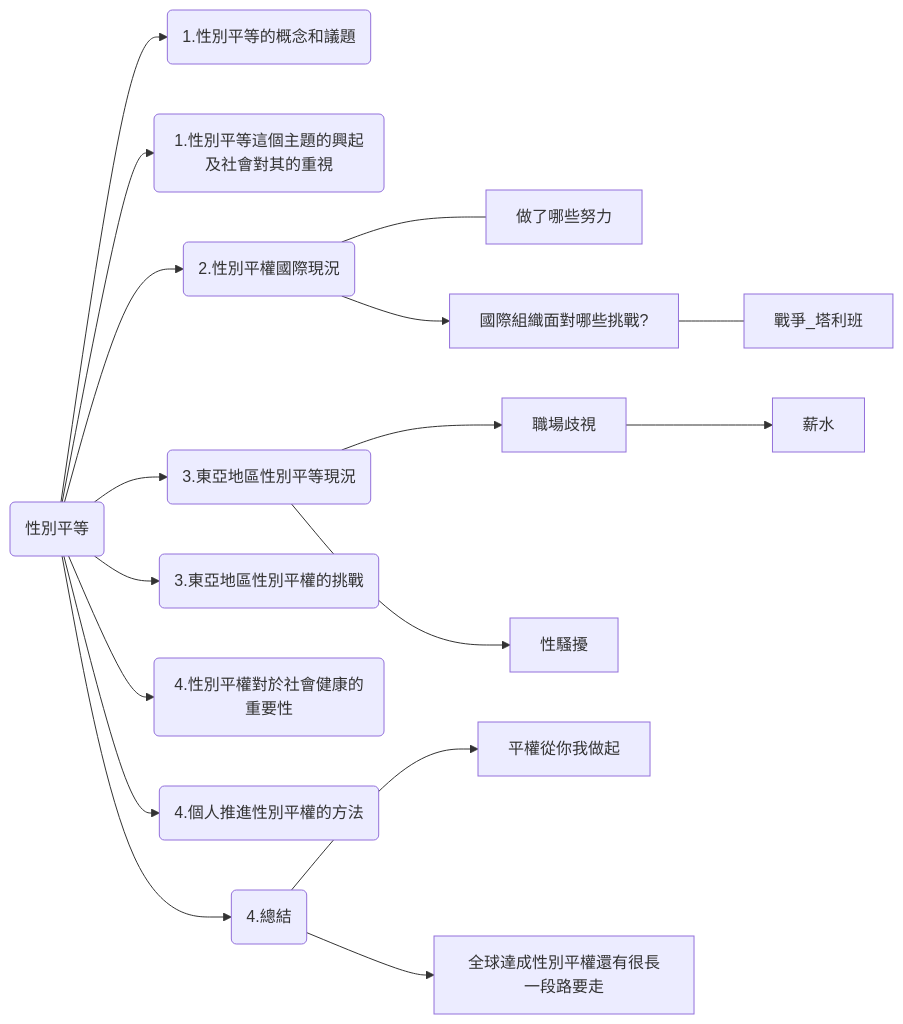
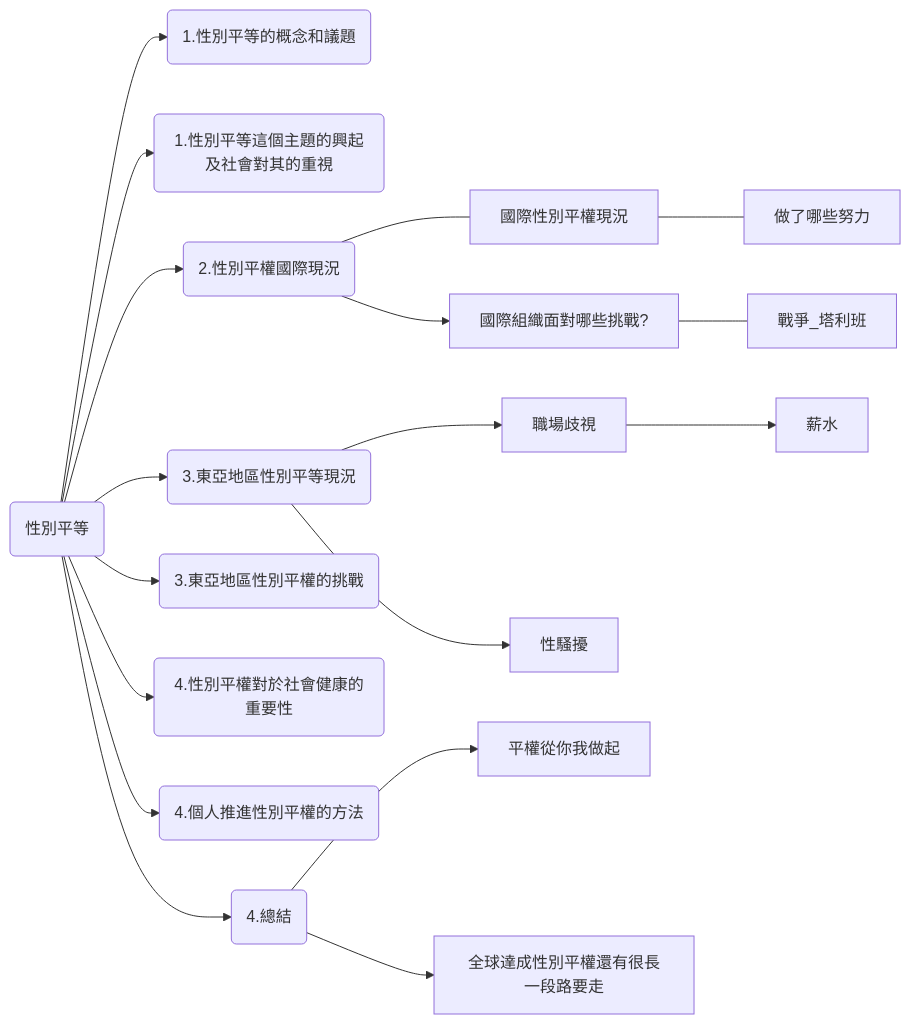
Before and after one commit to bridgerhung/wiki_NYUST: the diagram in docs/class/en/2. Gender equlity.md, drawn with Mermaid.

Commit message:
Update 2. Gender equlity.md

````diff
--- a/docs/class/en/2. Gender equlity.md
+++ b/docs/class/en/2. Gender equlity.md
@@ -13,14 +13,14 @@
 ```mermaid
 graph LR
   id0(性別平等)--> id1("1.性別平等的概念和議題")
 	id0 --> id2(1.性別平等這個主題的興起及社會對其的重視)
-	id0 --> id3(2.性別平權國際現況) --- 做了哪些努力
+	id0 --> id3(2.性別平權國際現況) --- 國際性別平權現況 --- 做了哪些努力
 	id3 --> 國際組織面對哪些挑戰? --- 戰爭_塔利班
 	id0 --> id4("3.東亞地區性別平等現況") --> 職場歧視 --> 薪水
 	id4 --> 性騷擾
 	id0 --> id5("3.東亞地區性別平權的挑戰")
 	id0 --> id6("4.性別平權對於社會健康的重要性")
 	id0 --> id7("4.個人推進性別平權的方法")
 	id0 --> id8("4.總結") --> 平權從你我做起
 	id8 --> 全球達成性別平權還有很長一段路要走
 ```
````
